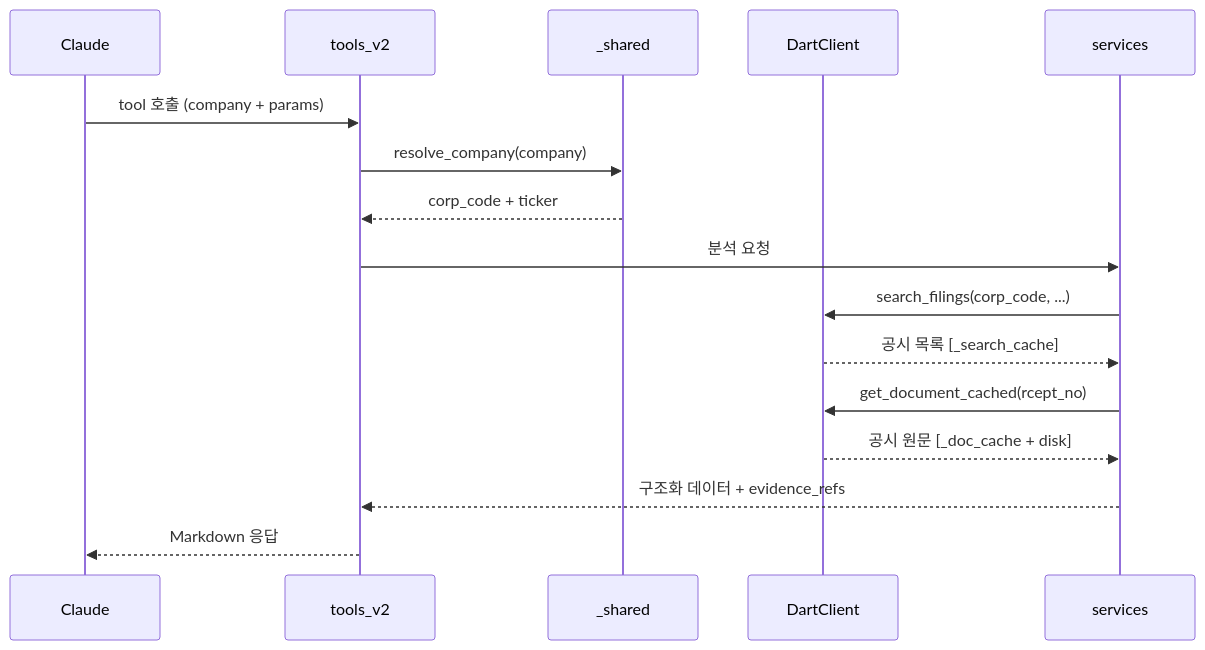
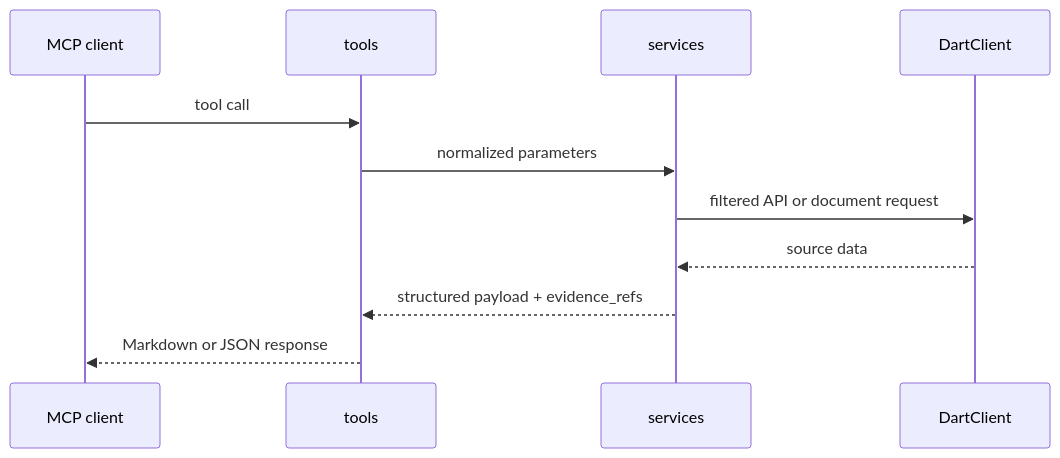
One commit to MarcoYou/open-proxy-mcp changed the second of 2 diagrams in docs/ARCHITECTURE.md. Above: the diagram before and after it, drawn with Mermaid. The commit also changed other lines of this file and 111 other files, not shown here.

````diff
--- a/docs/ARCHITECTURE.md
+++ b/docs/ARCHITECTURE.md
@@ -165,18 +51,13 @@
 ```mermaid
 sequenceDiagram
-    participant AI as Claude
-    participant T as tools_v2
-    participant SH as _shared
-    participant DC as DartClient
-    participant SV as services
-    AI->>T: tool 호출 (company + params)
-    T->>SH: resolve_company(company)
-    SH-->>T: corp_code + ticker
-    T->>SV: 분석 요청
-    SV->>DC: search_filings(corp_code, ...)
-    DC-->>SV: 공시 목록 [_search_cache]
-    SV->>DC: get_document_cached(rcept_no)
-    DC-->>SV: 공시 원문 [_doc_cache + disk]
-    SV-->>T: 구조화 데이터 + evidence_refs
-    T-->>AI: Markdown 응답
+    participant C as MCP client
+    participant T as tools
+    participant V as services
+    participant D as DartClient
+    C->>T: tool call
+    T->>V: normalized parameters
+    V->>D: filtered API or document request
+    D-->>V: source data
+    V-->>T: structured payload + evidence_refs
+    T-->>C: Markdown or JSON response
 ```
````
